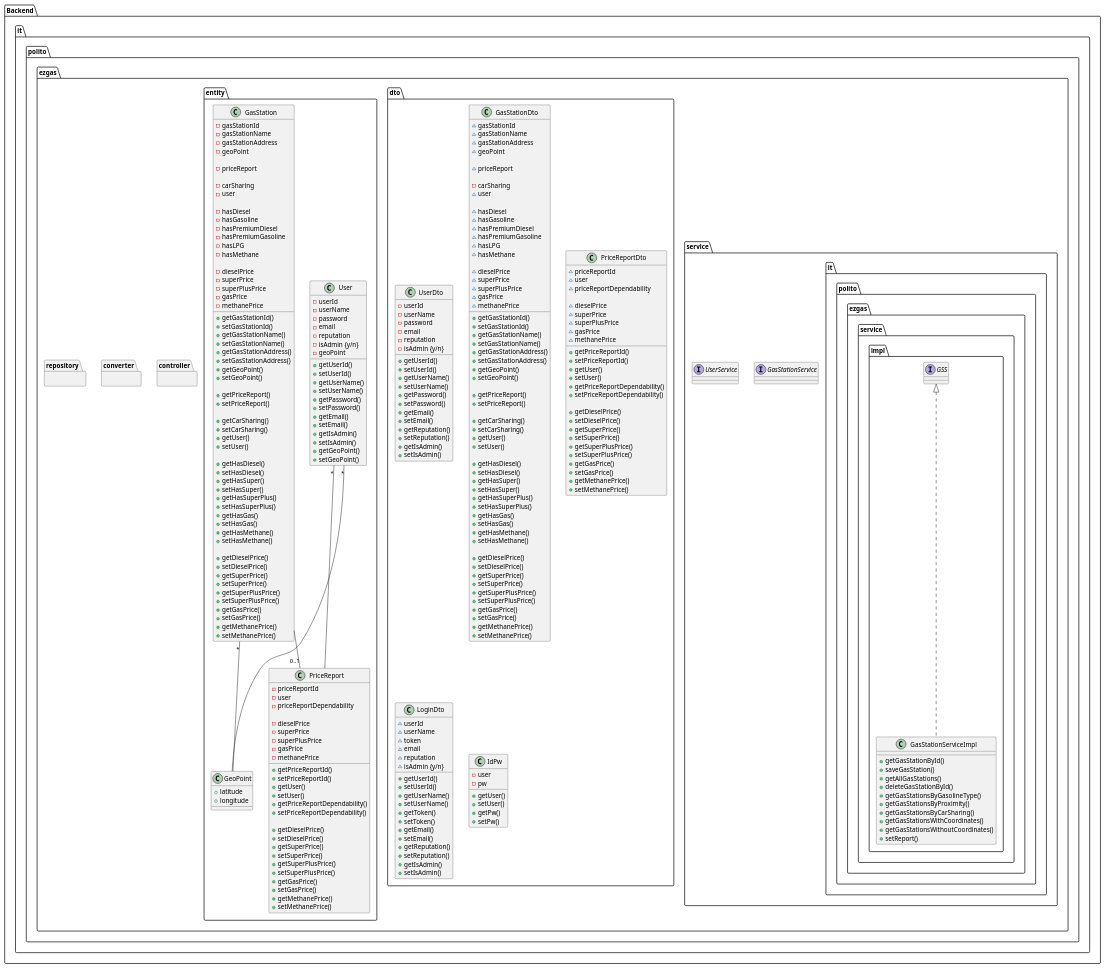
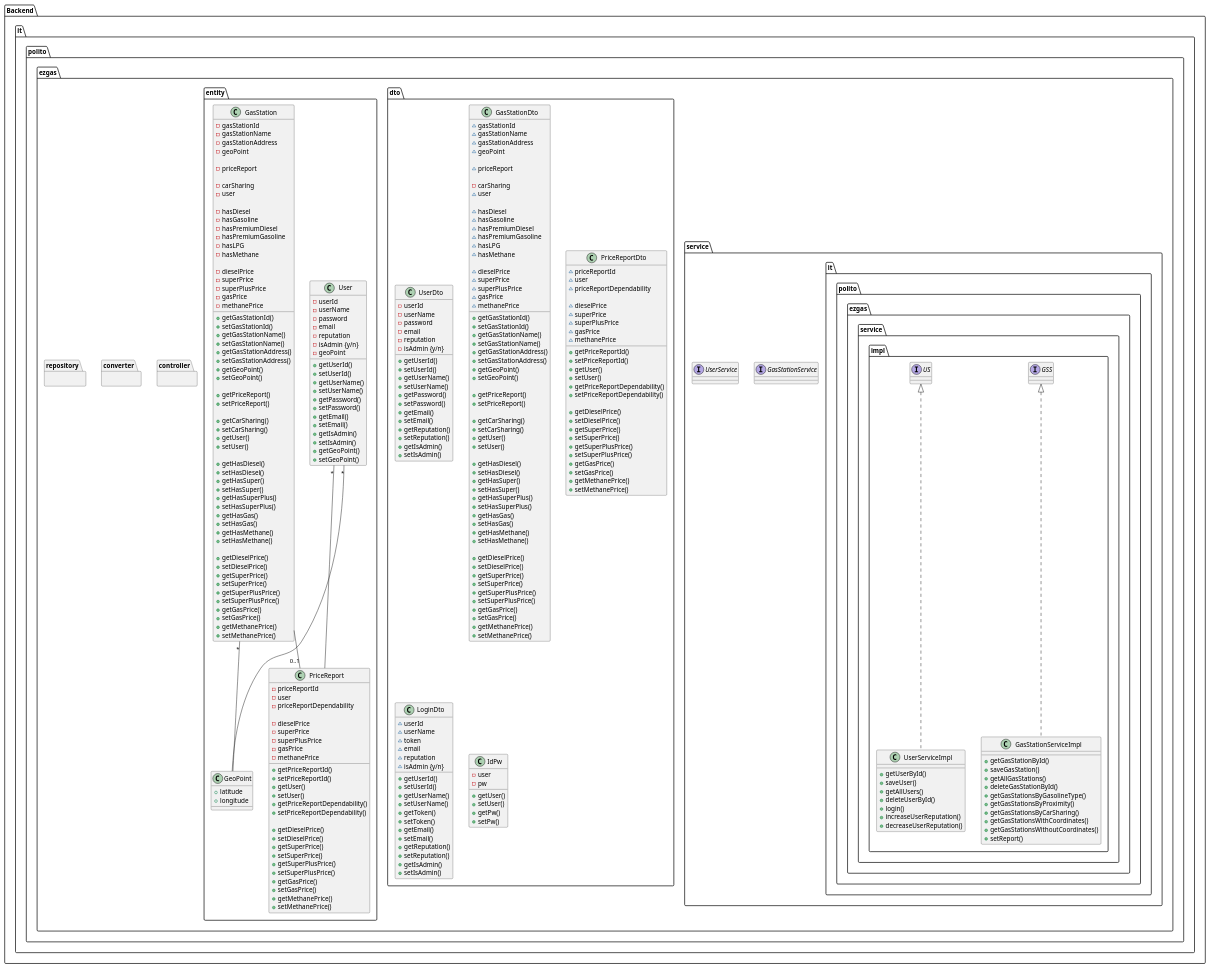
One commit to e-caste/SoftEng-EZGas changed the fourth of 4 diagrams in docs/DesignDocument.md. Above: the diagram before and after it, drawn with PlantUML.

Commit message:
add UserServiceImpl class to service package

```diff
--- a/docs/DesignDocument.md
+++ b/docs/DesignDocument.md
@@ -241,6 +241,15 @@
                 + getGasStationsWithCoordinates()
                 + getGasStationsWithoutCoordinates()
                 + setReport()
+            }
+            class UserServiceImpl implements US {
+                + getUserById()
+                + saveUser()
+                + getAllUsers()
+                + deleteUserById()
+                + login()
+                + increaseUserReputation()
+                + decreaseUserReputation()
             }
         }
     }
```
